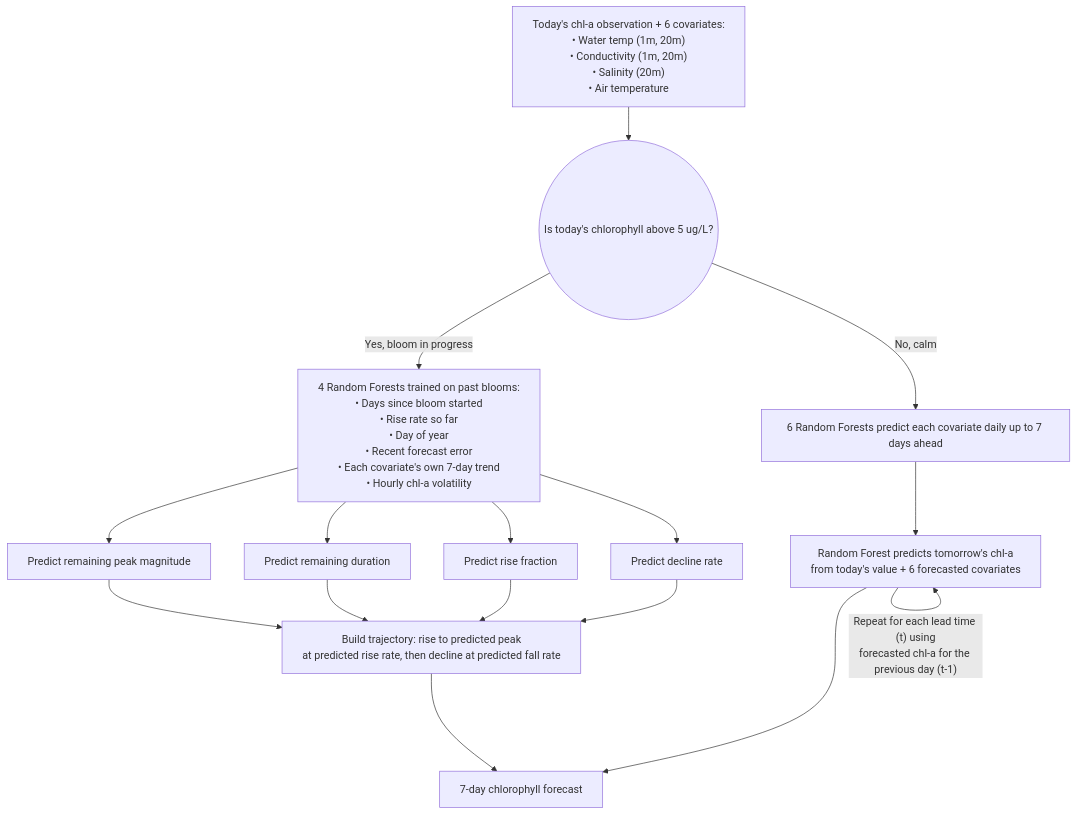
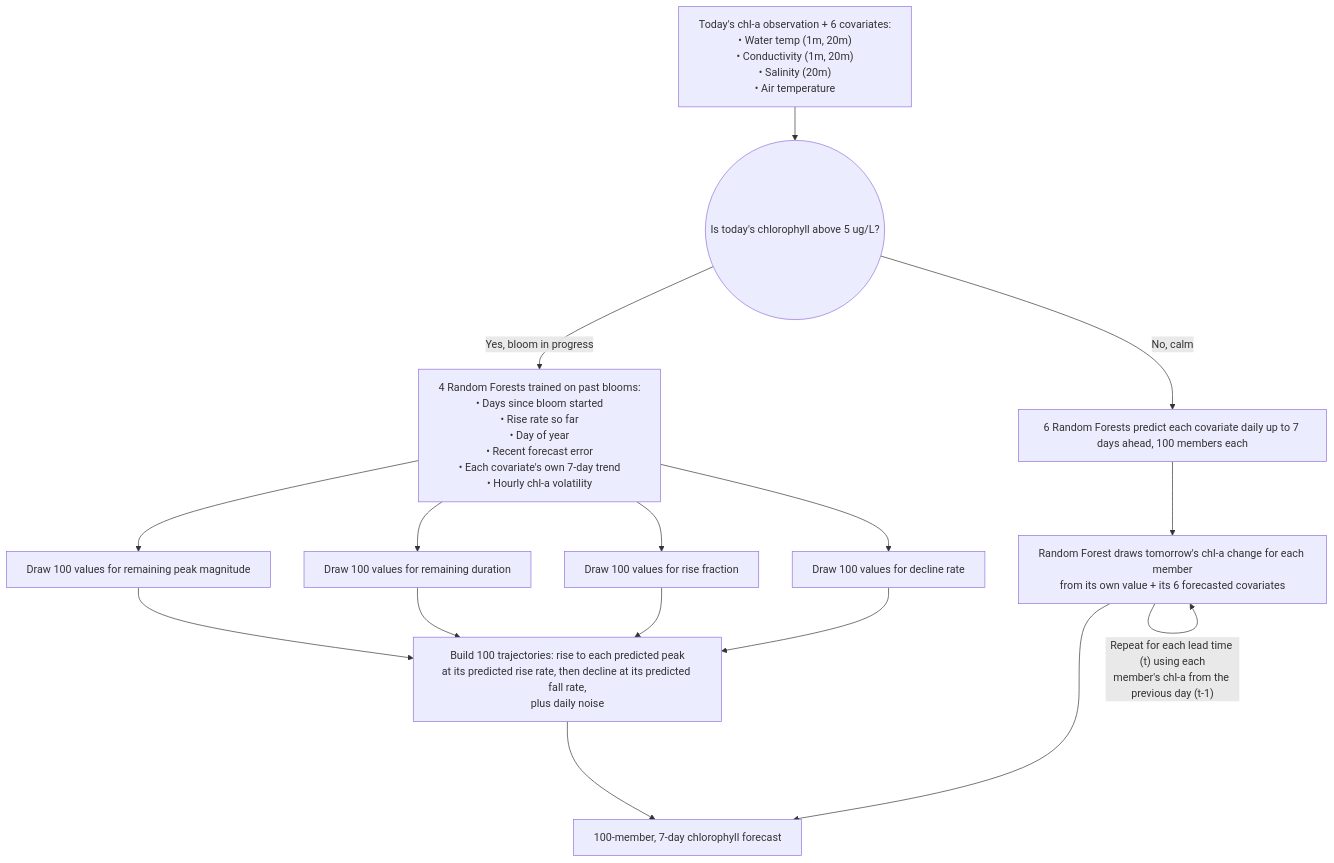
Before and after one commit to cami-webb/BloomBoard: the diagram in dashboard/documentation.qmd, drawn with Mermaid. The commit also changed other lines of this file and 16 other files, not shown here.

````diff
--- a/dashboard/documentation.qmd
+++ b/dashboard/documentation.qmd
@@ -52,22 +52,22 @@
 ```{mermaid}
 %%{init: {'flowchart': {'wrappingWidth': 400}}}%%
 flowchart TD
     A["Today's chl-a observation + 6 covariates:<br/>&bull; Water temp (1m, 20m)<br/>&bull; Conductivity (1m, 20m)<br/>&bull; Salinity (20m)<br/>&bull; Air temperature"]
     A --> Q(("Is today's chlorophyll above 5 ug/L?"))
 
     Q -->|"Yes, bloom in progress"| BM["4 Random Forests trained on past blooms:<br/>&bull; Days since bloom started<br/>&bull; Rise rate so far<br/>&bull; Day of year<br/>&bull; Recent forecast error<br/>&bull; Each covariate's own 7-day trend<br/>&bull; Hourly chl-a volatility"]
-    BM --> BM1[Predict remaining peak magnitude]
-    BM --> BM2[Predict remaining duration]
-    BM --> BM4[Predict rise fraction]
-    BM --> BM3[Predict decline rate]
-    BM1 --> TRAJ["Build trajectory: rise to predicted peak<br/>at predicted rise rate, then decline at predicted fall rate"]
+    BM --> BM1["Draw 100 values for remaining peak magnitude"]
+    BM --> BM2["Draw 100 values for remaining duration"]
+    BM --> BM4["Draw 100 values for rise fraction"]
+    BM --> BM3["Draw 100 values for decline rate"]
+    BM1 --> TRAJ["Build 100 trajectories: rise to each predicted peak<br/>at its predicted rise rate, then decline at its predicted fall rate,<br/>plus daily noise"]
     BM2 --> TRAJ
     BM4 --> TRAJ
     BM3 --> TRAJ
-    TRAJ --> OUT[7-day chlorophyll forecast]
+    TRAJ --> OUT["100-member, 7-day chlorophyll forecast"]
 
-    Q -->|"No, calm"| CFC["6 Random Forests predict each covariate daily up to 7 days ahead"]
-    CFC --> CM["Random Forest predicts tomorrow's chl-a<br/>from today's value + 6 forecasted covariates"]
-    CM -->|"Repeat for each lead time (t) using<br/>forecasted chl-a for the previous day (t-1)"| CM
+    Q -->|"No, calm"| CFC["6 Random Forests predict each covariate daily up to 7 days ahead, 100 members each"]
+    CFC --> CM["Random Forest draws tomorrow's chl-a change for each member<br/>from its own value + its 6 forecasted covariates"]
+    CM -->|"Repeat for each lead time (t) using each<br/>member's chl-a from the previous day (t-1)"| CM
     CM --> OUT
 ```
````
